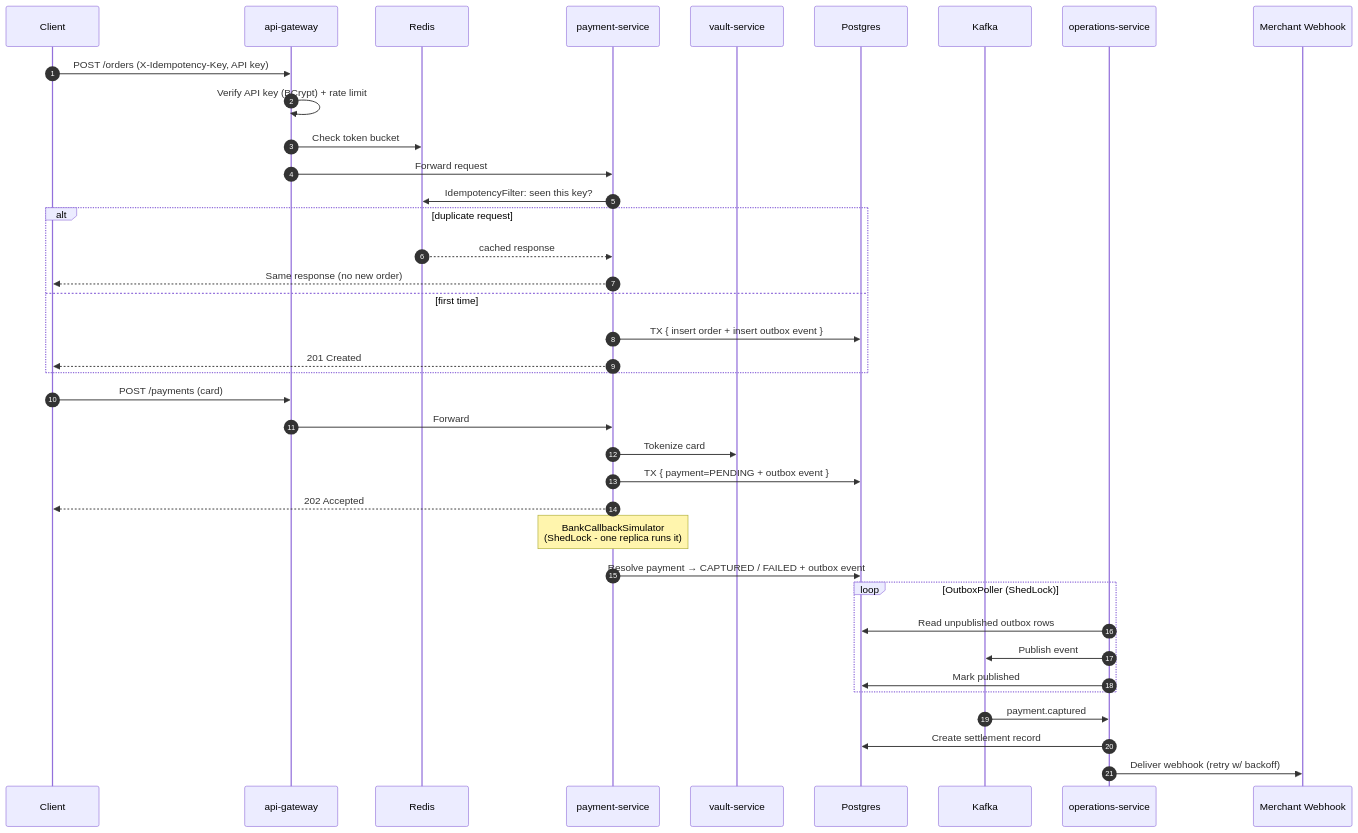
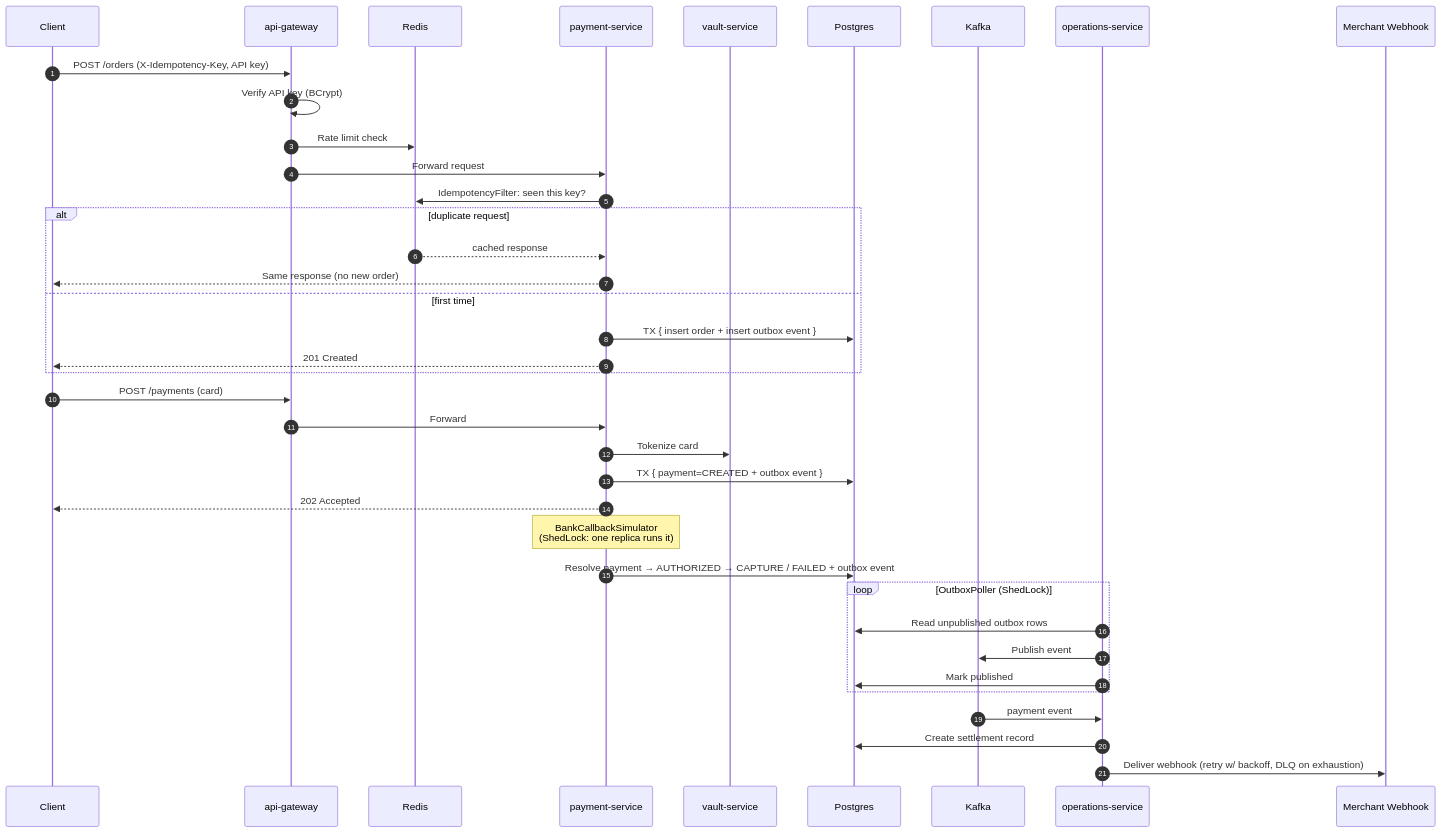
The first of 5 diagrams in README.md (KamaliyaVishal/spring-boot-microservice-razorpay-clone), drawn with Mermaid before and after one commit. The commit also changed other lines of this file, not shown here.

````diff
--- a/README.md
+++ b/README.md
@@ -123,45 +74,45 @@
 ```mermaid
 sequenceDiagram
     autonumber
     participant C as Client
     participant GW as api-gateway
     participant R as Redis
     participant P as payment-service
     participant V as vault-service
     participant DB as Postgres
     participant K as Kafka
     participant O as operations-service
     participant M as Merchant Webhook
 
     C->>GW: POST /orders (X-Idempotency-Key, API key)
-    GW->>GW: Verify API key (BCrypt) + rate limit
-    GW->>R: Check token bucket
+    GW->>GW: Verify API key (BCrypt)
+    GW->>R: Rate limit check
     GW->>P: Forward request
     P->>R: IdempotencyFilter: seen this key?
     alt duplicate request
         R-->>P: cached response
         P-->>C: Same response (no new order)
     else first time
         P->>DB: TX { insert order + insert outbox event }
         P-->>C: 201 Created
     end
 
     C->>GW: POST /payments (card)
     GW->>P: Forward
     P->>V: Tokenize card
-    P->>DB: TX { payment=PENDING + outbox event }
+    P->>DB: TX { payment=CREATED + outbox event }
     P-->>C: 202 Accepted
 
-    Note over P: BankCallbackSimulator<br/>(ShedLock - one replica runs it)
-    P->>DB: Resolve payment → CAPTURED / FAILED + outbox event
+    Note over P: BankCallbackSimulator<br/>(ShedLock: one replica runs it)
+    P->>DB: Resolve payment → AUTHORIZED → CAPTURE / FAILED + outbox event
 
     loop OutboxPoller (ShedLock)
         O->>DB: Read unpublished outbox rows
         O->>K: Publish event
         O->>DB: Mark published
     end
 
-    K->>O: payment.captured
+    K->>O: payment event
     O->>DB: Create settlement record
-    O->>M: Deliver webhook (retry w/ backoff)
+    O->>M: Deliver webhook (retry w/ backoff, DLQ on exhaustion)
 ```
````
